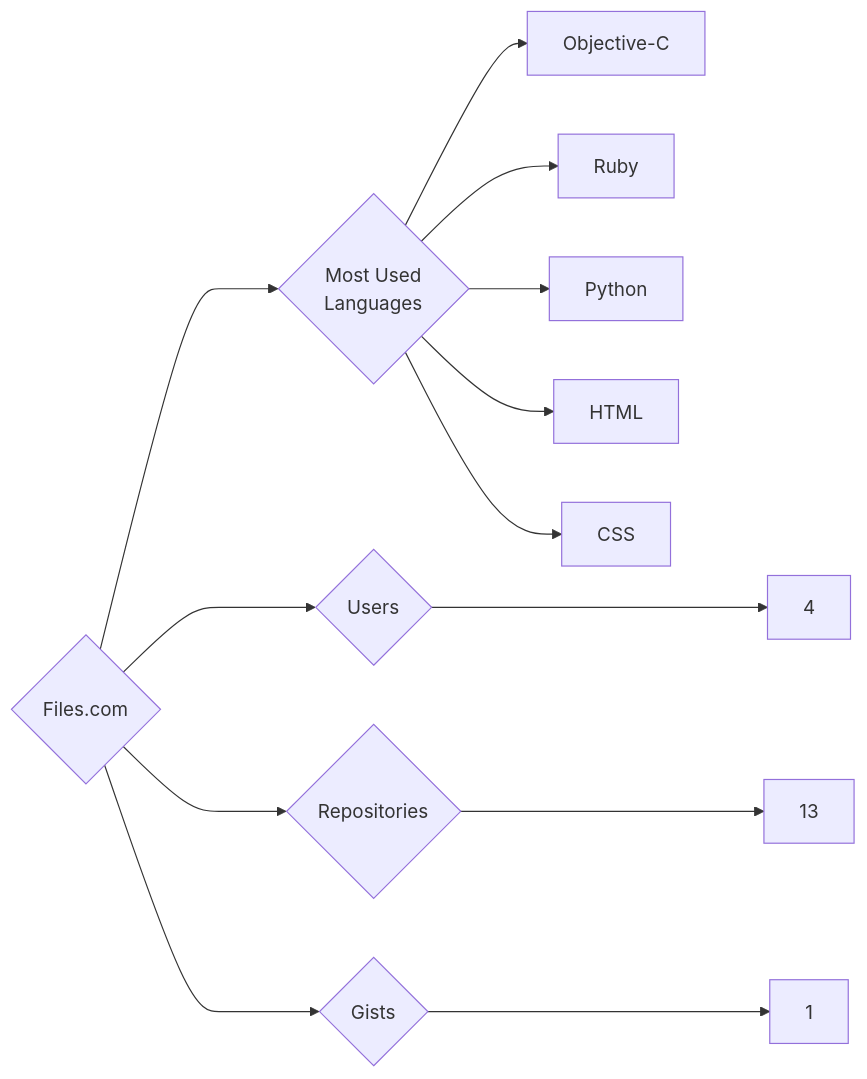
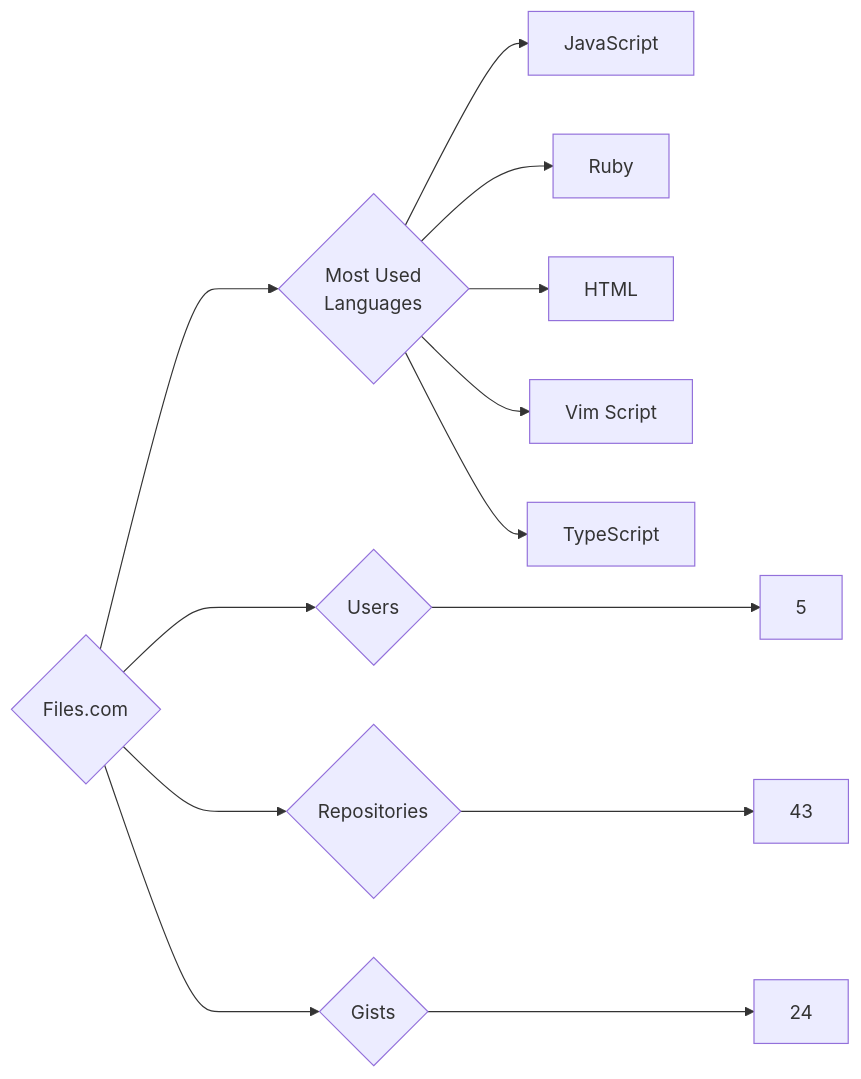
Before and after one commit to trickest/insiders: the diagram in targets/Files.com/README.md, drawn with Mermaid. The commit also changed 724 other files, not shown here.

````diff
--- a/targets/Files.com/README.md
+++ b/targets/Files.com/README.md
@@ -3,13 +3,13 @@
 ```mermaid
 graph LR
 COMPANY_NAME{Files.com}
-COMPANY_NAME ---> U{Users} ---> UN[4]
-COMPANY_NAME ---> R{Repositories} ---> RN[13]
-COMPANY_NAME ---> G{Gists} ---> GN[1]
+COMPANY_NAME ---> U{Users} ---> UN[5]
+COMPANY_NAME ---> R{Repositories} ---> RN[43]
+COMPANY_NAME ---> G{Gists} ---> GN[24]
 COMPANY_NAME ---> ML{Most Used<br>Languages}
-ML --> Objective-C[Objective-C]
+ML --> JavaScript[JavaScript]
 ML --> Ruby[Ruby]
-ML --> Python[Python]
 ML --> HTML[HTML]
-ML --> CSS[CSS]
+ML --> Vim_Script[Vim Script]
+ML --> TypeScript[TypeScript]
 ```
````
